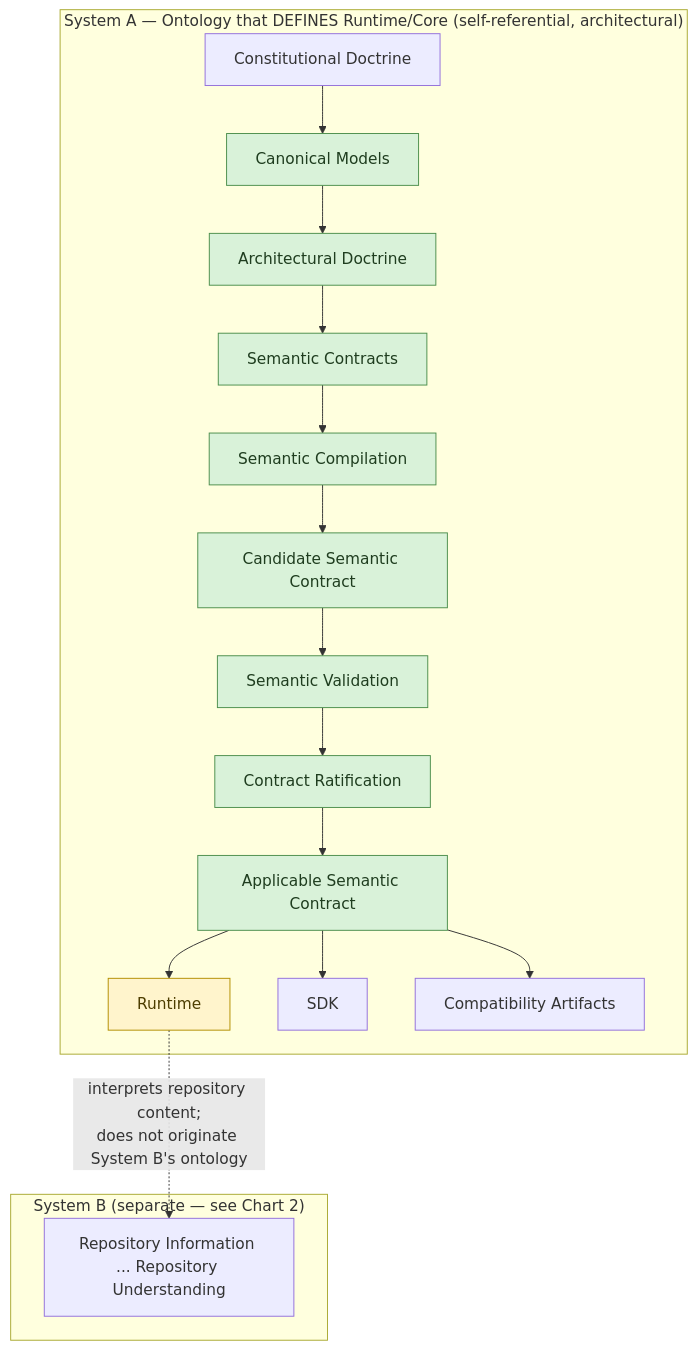
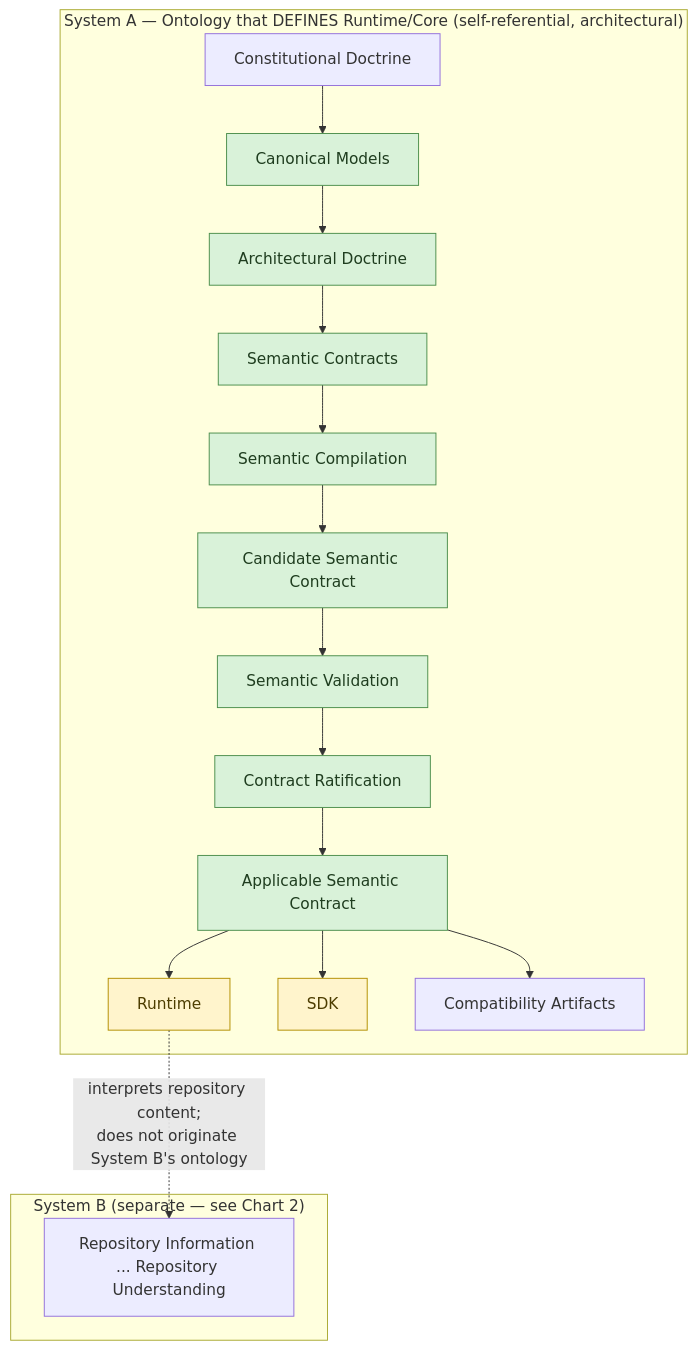
One commit to Lanker63/guvna-sdk changed the diagram in docs/mark2/runtime-definition.mmd. Above: the diagram before and after it, drawn with Mermaid. The commit also changed 25 other files, not shown here.

```diff
--- a/docs/mark2/runtime-definition.mmd
+++ b/docs/mark2/runtime-definition.mmd
@@ -1,26 +1,26 @@
 flowchart TD
     classDef realized fill:#d9f2d9,stroke:#4d8f4d,color:#1f3d1f
     classDef partial fill:#fff4cc,stroke:#b38f00,color:#4d3d00
 
     subgraph SYS_A["System A — Ontology that DEFINES Runtime/Core (self-referential, architectural)"]
         CD["Constitutional Doctrine"] --> CM["Canonical Models"]
         CM --> AD["Architectural Doctrine"]
         AD --> SC["Semantic Contracts"]
         SC --> COMP["Semantic Compilation"]
         COMP --> CAND["Candidate Semantic Contract"]
         CAND --> VAL["Semantic Validation"]
         VAL --> RAT["Contract Ratification"]
         RAT --> APP["Applicable Semantic Contract"]
         APP --> RT["Runtime"]
         APP --> SDKX["SDK"]
         APP --> ART["Compatibility Artifacts"]
     end
 
     class CM,AD,SC,COMP,CAND,VAL,RAT,APP realized
-    class RT partial
+    class RT,SDKX partial
 
     subgraph SYS_B_REF["System B (separate — see Chart 2)"]
         RIref["Repository Information ... Repository Understanding"]
     end
 
     RT -. "interprets repository content;\ndoes not originate System B's ontology" .-> RIref
```
